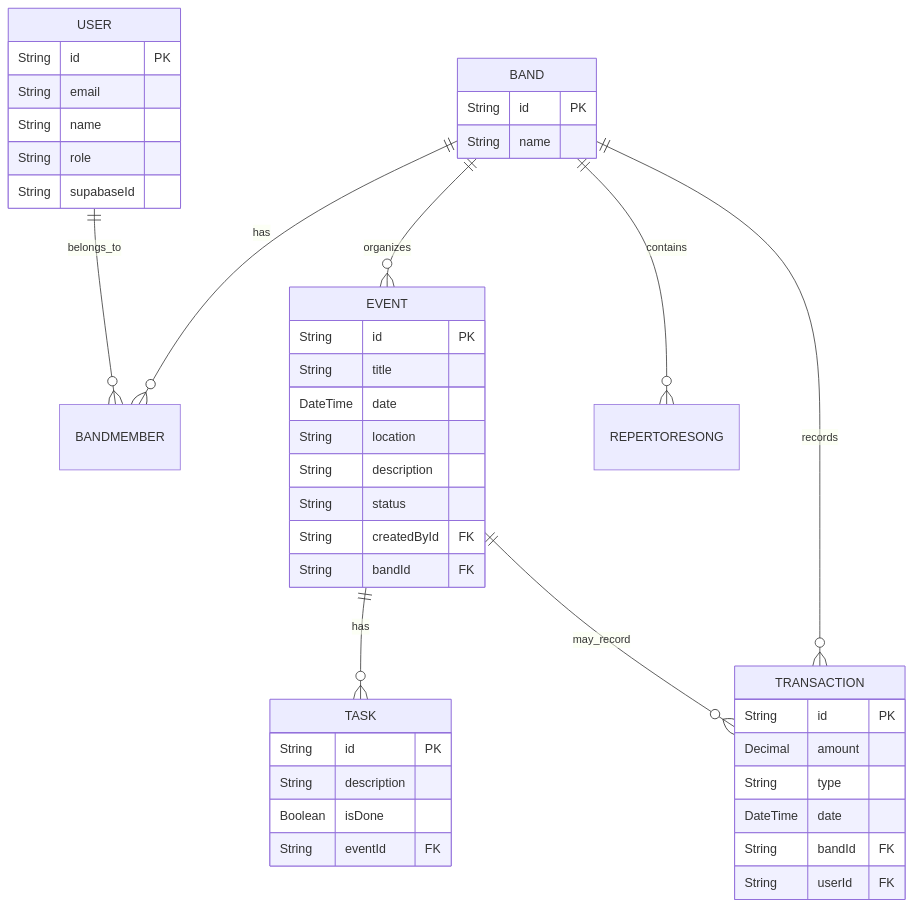
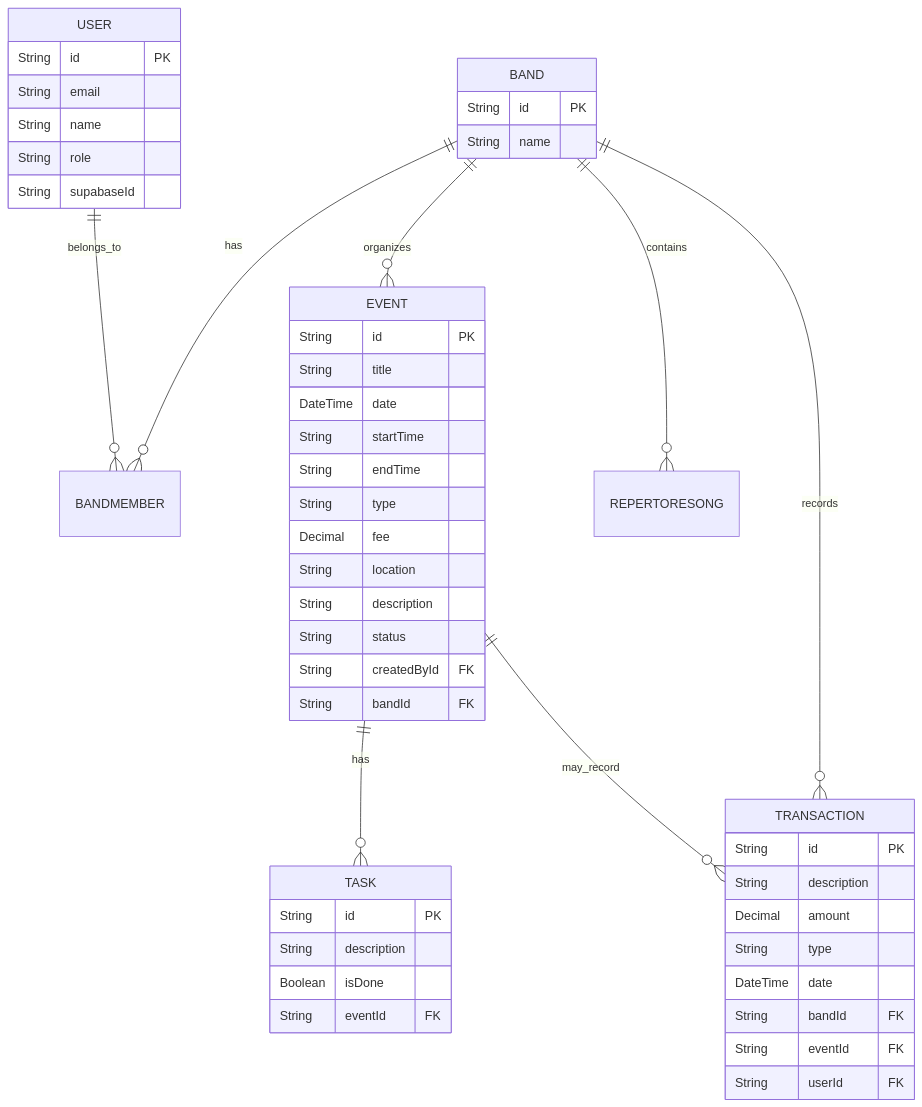
One commit to LucasDavid80/my-roadie-platform changed the diagram in docs/database/erd.md. Above: the diagram before and after it, drawn with Mermaid. The commit also changed other lines of this file and 1 other file, not shown here.

Commit message:
docs(database): atualizar ERD com campos de Event e cascade em Transaction

````diff
--- a/docs/database/erd.md
+++ b/docs/database/erd.md
@@ -56,46 +56,52 @@
 ```mermaid
 erDiagram
   USER ||--o{ BANDMEMBER : belongs_to
   BAND ||--o{ BANDMEMBER : has
   BAND ||--o{ EVENT : organizes
   EVENT ||--o{ TASK : has
   BAND ||--o{ REPERTORESONG : contains
   BAND ||--o{ TRANSACTION : records
   EVENT ||--o{ TRANSACTION : may_record
 
   USER {
     String id PK
     String email
     String name
     String role
     String supabaseId
   }
   BAND {
     String id PK
     String name
   }
   EVENT {
     String id PK
     String title
     DateTime date
+    String startTime
+    String endTime
+    String type
+    Decimal fee
     String location
     String description
     String status
     String createdById FK
     String bandId FK
   }
   TASK {
     String id PK
     String description
     Boolean isDone
     String eventId FK
   }
   TRANSACTION {
     String id PK
+    String description
     Decimal amount
     String type
     DateTime date
     String bandId FK
+    String eventId FK
     String userId FK
   }
 ```
````
